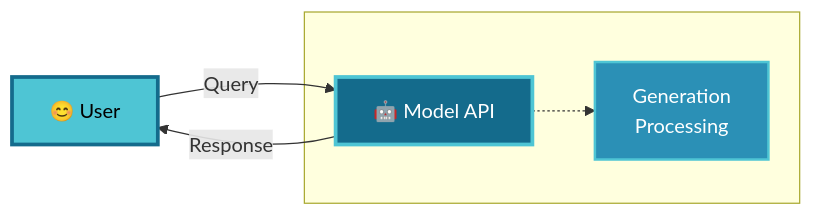
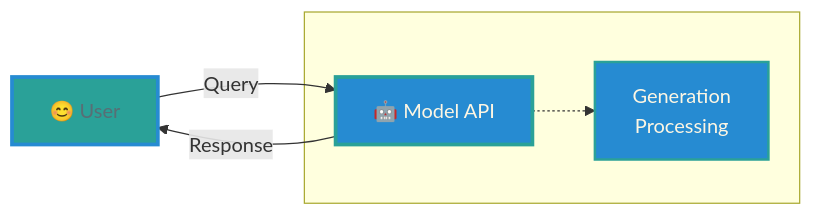
One commit to LarsEckart/talks changed the diagram in ai-assisted-sw-june-2025/slides.md. Above: the diagram before and after it, drawn with Mermaid. The commit also changed other lines of this file and 1 other file, not shown here.

````diff
--- a/ai-assisted-sw-june-2025/slides.md
+++ b/ai-assisted-sw-june-2025/slides.md
@@ -2396,19 +2261,19 @@
 ```mermaid
 graph LR
     A[😊 User] -->|Query| B[🤖 Model API]
     B -->|Response| A
     
     subgraph API [" "]
         B
         C[Generation<br/>Processing]
         B -.-> C
     end
     
-    classDef userStyle fill:#4EC5D4,stroke:#146b8c,stroke-width:3px,color:#000
-    classDef apiStyle fill:#146b8c,stroke:#4EC5D4,stroke-width:3px,color:#fff
-    classDef genStyle fill:#2B90B6,stroke:#4EC5D4,stroke-width:2px,color:#fff
+    classDef userStyle fill:#2aa198,stroke:#268bd2,stroke-width:3px,color:#586e75
+    classDef apiStyle fill:#268bd2,stroke:#2aa198,stroke-width:3px,color:#fdf6e3
+    classDef genStyle fill:#268bd2,stroke:#2aa198,stroke-width:2px,color:#fdf6e3
     
     class A userStyle
     class B apiStyle
     class C genStyle
 ```
````
